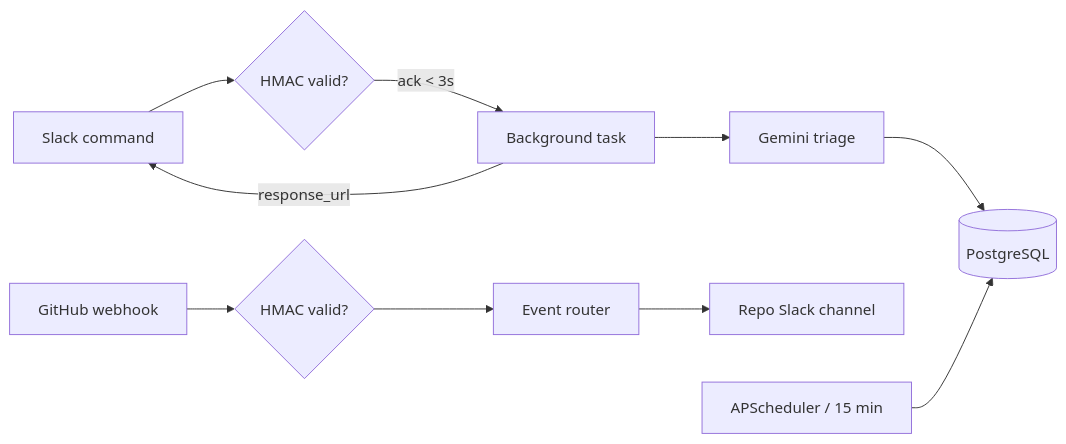
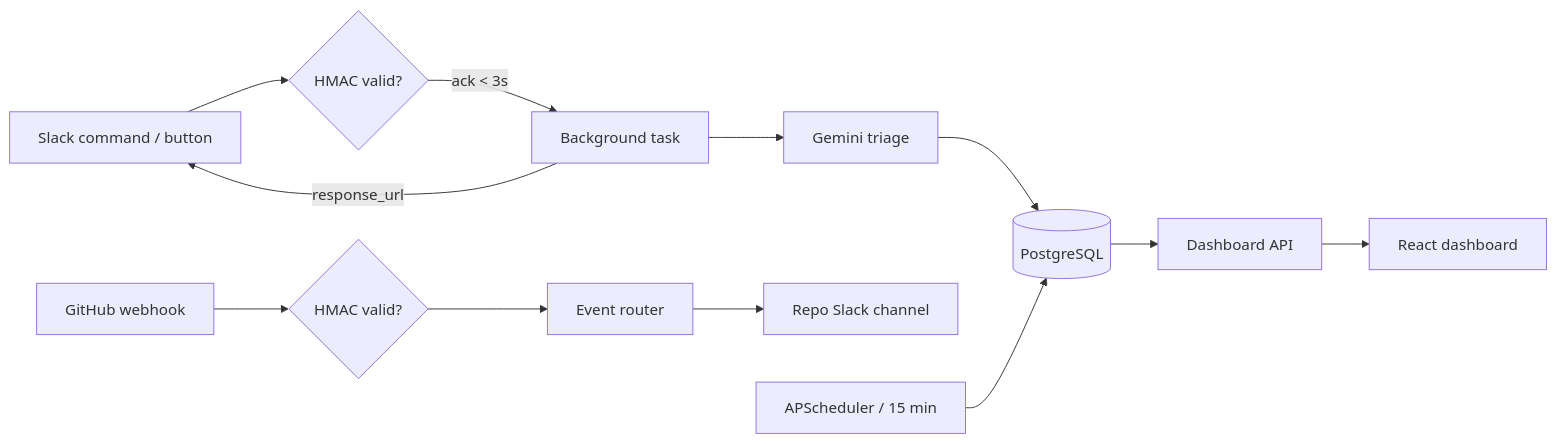
One commit to Jairamhegde/ResolveOps changed the second of 2 diagrams in Readme.md. Above: the diagram before and after it, drawn with Mermaid. The commit also changed other lines of this file and 44 other files, not shown here.

````diff
--- a/Readme.md
+++ b/Readme.md
@@ -36,8 +78,9 @@
 ```mermaid
 flowchart LR
-    S[Slack command] --> V{HMAC valid?} -->|ack < 3s| BG[Background task]
+    S[Slack command / button] --> V{HMAC valid?} -->|ack < 3s| BG[Background task]
     BG --> AI[Gemini triage] --> DB[(PostgreSQL)]
     BG -->|response_url| S
     GH[GitHub webhook] --> V2{HMAC valid?} --> R[Event router] --> CH[Repo Slack channel]
     SCH[APScheduler / 15 min] --> DB
+    DB --> API[Dashboard API] --> UI[React dashboard]
 ```
````
